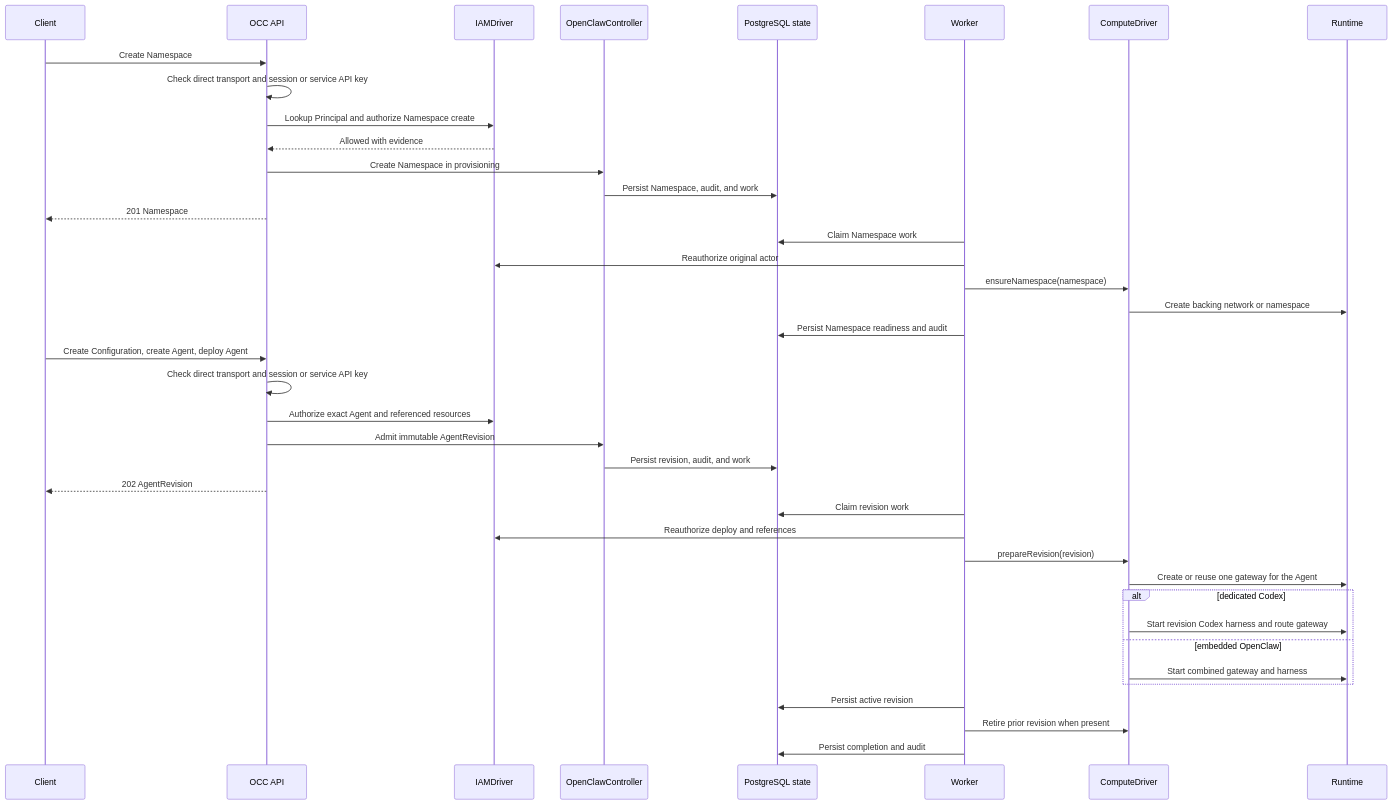
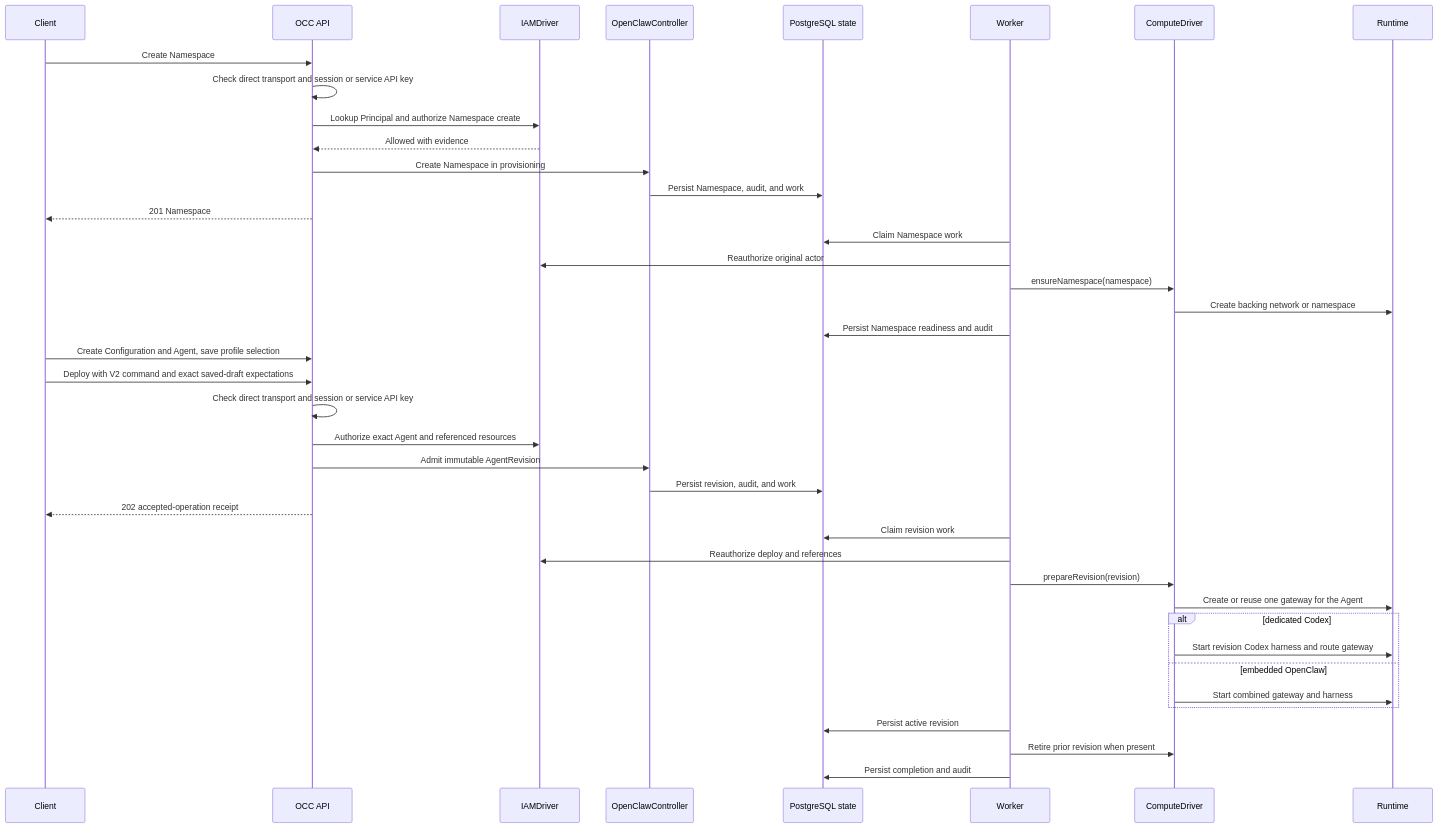
Before and after one commit to SebTardif/openclaw-enterprise: the second of 2 diagrams in docs/ARCHITECTURE.md, drawn with Mermaid. The commit also changed other lines of this file and 8 other files, not shown here.

````diff
--- a/docs/ARCHITECTURE.md
+++ b/docs/ARCHITECTURE.md
@@ -167,43 +173,44 @@
 ```mermaid
 sequenceDiagram
     participant Client
     participant API as OCC API
     participant IAM as IAMDriver
     participant OCC as OpenClawController
     participant DB as PostgreSQL state
     participant Worker
     participant Compute as ComputeDriver
     participant Runtime
 
     Client->>API: Create Namespace
     API->>API: Check direct transport and session or service API key
     API->>IAM: Lookup Principal and authorize Namespace create
     IAM-->>API: Allowed with evidence
     API->>OCC: Create Namespace in provisioning
     OCC->>DB: Persist Namespace, audit, and work
     API-->>Client: 201 Namespace
     Worker->>DB: Claim Namespace work
     Worker->>IAM: Reauthorize original actor
     Worker->>Compute: ensureNamespace(namespace)
     Compute->>Runtime: Create backing network or namespace
     Worker->>DB: Persist Namespace readiness and audit
 
-    Client->>API: Create Configuration, create Agent, deploy Agent
+    Client->>API: Create Configuration and Agent, save profile selection
+    Client->>API: Deploy with V2 command and exact saved-draft expectations
     API->>API: Check direct transport and session or service API key
     API->>IAM: Authorize exact Agent and referenced resources
     API->>OCC: Admit immutable AgentRevision
     OCC->>DB: Persist revision, audit, and work
-    API-->>Client: 202 AgentRevision
+    API-->>Client: 202 accepted-operation receipt
     Worker->>DB: Claim revision work
     Worker->>IAM: Reauthorize deploy and references
     Worker->>Compute: prepareRevision(revision)
     Compute->>Runtime: Create or reuse one gateway for the Agent
     alt dedicated Codex
         Compute->>Runtime: Start revision Codex harness and route gateway
     else embedded OpenClaw
         Compute->>Runtime: Start combined gateway and harness
     end
     Worker->>DB: Persist active revision
     Worker->>Compute: Retire prior revision when present
     Worker->>DB: Persist completion and audit
 ```
````
